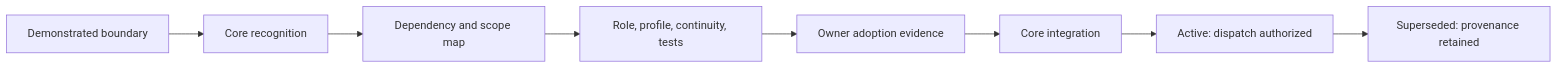
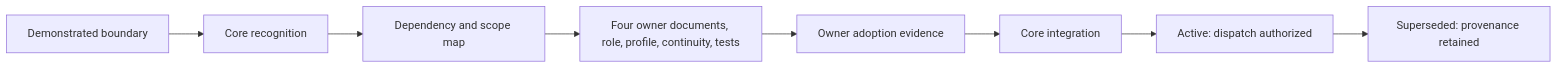
One commit to hancockm/governed-codex-bootstrap changed the first of 3 diagrams in README.md. Above: the diagram before and after it, drawn with Mermaid. The commit also changed other lines of this file and 38 other files, not shown here.

Commit message:
feat(governance): require owner canonical documents

````diff
--- a/README.md
+++ b/README.md
@@ -42,10 +42,10 @@
 ```mermaid
 flowchart LR
   Boundary["Demonstrated boundary"] --> Recognition["Core recognition"]
   Recognition --> Map["Dependency and scope map"]
-  Map --> Assets["Role, profile, continuity, tests"]
+  Map --> Assets["Four owner documents, role, profile, continuity, tests"]
   Assets --> Adoption["Owner adoption evidence"]
   Adoption --> Integration["Core integration"]
   Integration --> Active["Active: dispatch authorized"]
   Active --> Retirement["Superseded: provenance retained"]
 ```
````
